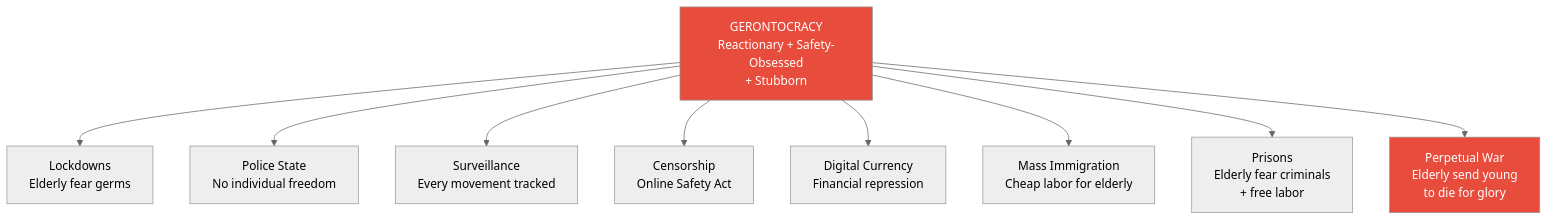
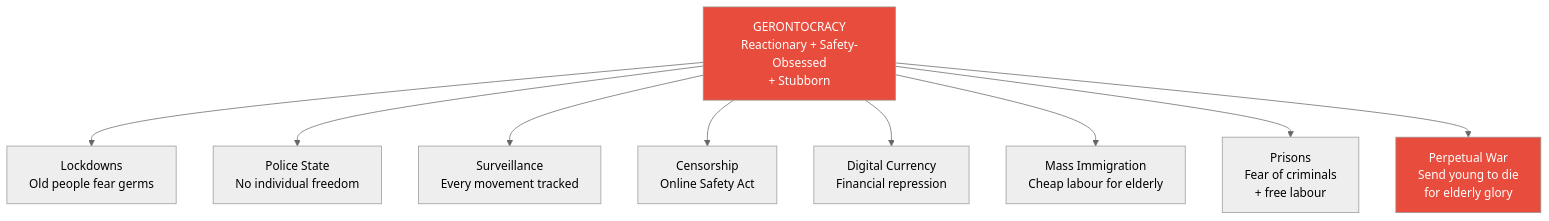
One commit to alius33/reader changed diagram 11 of 12 in summaries/Lectures/Secret History/03 - Death by Gerontocracy.md. Above: the diagram before and after it, drawn with Mermaid (neutral theme). The commit also changed other lines of this file and 26 other files, not shown here.

````diff
--- a/summaries/Lectures/Secret History/03 - Death by Gerontocracy.md
+++ b/summaries/Lectures/Secret History/03 - Death by Gerontocracy.md
@@ -470,14 +578,14 @@
 ```mermaid
 flowchart TB
     G["GERONTOCRACY<br/>Reactionary + Safety-Obsessed<br/>+ Stubborn"]
-    G --> L["Lockdowns<br/>Elderly fear germs"]
+    G --> L["Lockdowns<br/>Old people fear germs"]
     G --> PS["Police State<br/>No individual freedom"]
     G --> SV["Surveillance<br/>Every movement tracked"]
     G --> CE["Censorship<br/>Online Safety Act"]
     G --> DC["Digital Currency<br/>Financial repression"]
-    G --> MI["Mass Immigration<br/>Cheap labor for elderly"]
-    G --> PR["Prisons<br/>Elderly fear criminals<br/>+ free labor"]
-    G --> W["Perpetual War<br/>Elderly send young<br/>to die for glory"]
+    G --> MI["Mass Immigration<br/>Cheap labour for elderly"]
+    G --> PR["Prisons<br/>Fear of criminals<br/>+ free labour"]
+    G --> W["Perpetual War<br/>Send young to die<br/>for elderly glory"]
     style G fill:#e74c3c,color:#fff
     style W fill:#e74c3c,color:#fff
 ```
````
